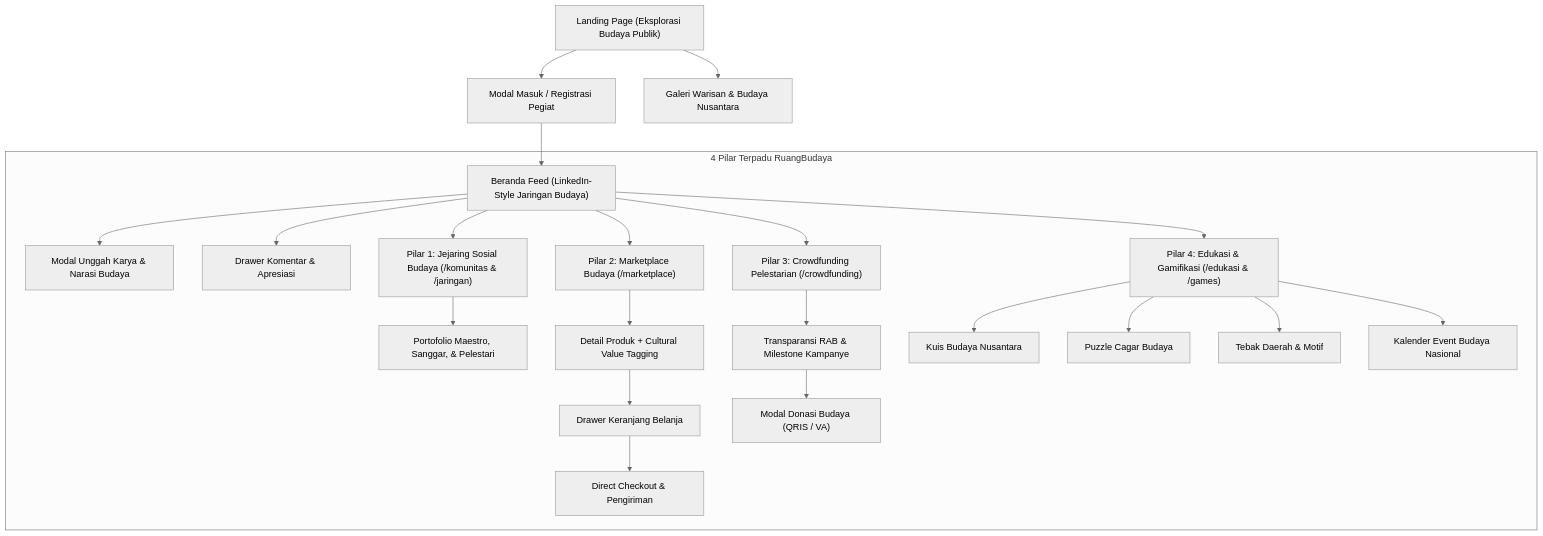
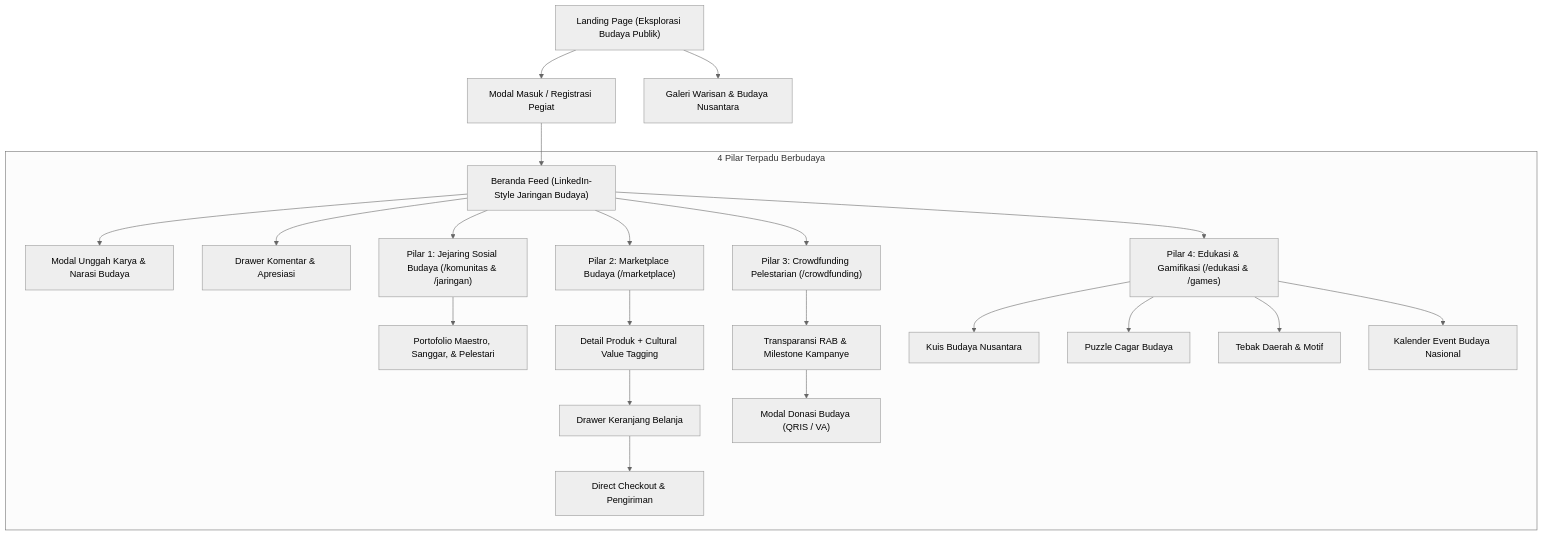
Before and after one commit to robinsyaifuddin/berbudaya: the diagram in UIUX/docs/PRD_DESIGN_PLAN.md, drawn with Mermaid (neutral theme). The commit also changed other lines of this file and 47 other files, not shown here.

````diff
--- a/UIUX/docs/PRD_DESIGN_PLAN.md
+++ b/UIUX/docs/PRD_DESIGN_PLAN.md
@@ -28,29 +28,29 @@
 ```mermaid
 flowchart TD
     Landing["Landing Page (Eksplorasi Budaya Publik)"] --> Auth["Modal Masuk / Registrasi Pegiat"]
     Landing --> Gallery["Galeri Warisan & Budaya Nusantara"]
     Auth --> HomeFeed["Beranda Feed (LinkedIn-Style Jaringan Budaya)"]
 
-    subgraph EmpatPilar["4 Pilar Terpadu RuangBudaya"]
+    subgraph EmpatPilar["4 Pilar Terpadu Berbudaya"]
         HomeFeed --> PostModal["Modal Unggah Karya & Narasi Budaya"]
         HomeFeed --> CommentDrawer["Drawer Komentar & Apresiasi"]
         
         HomeFeed --> Pilar1["Pilar 1: Jejaring Sosial Budaya (/komunitas & /jaringan)"]
         Pilar1 --> ProfileBudayawan["Portofolio Maestro, Sanggar, & Pelestari"]
 
         HomeFeed --> Pilar2["Pilar 2: Marketplace Budaya (/marketplace)"]
         Pilar2 --> CulturalTag["Detail Produk + Cultural Value Tagging"]
         CulturalTag --> CartDrawer["Drawer Keranjang Belanja"]
         CartDrawer --> Checkout["Direct Checkout & Pengiriman"]
 
         HomeFeed --> Pilar3["Pilar 3: Crowdfunding Pelestarian (/crowdfunding)"]
         Pilar3 --> DetailCrowd["Transparansi RAB & Milestone Kampanye"]
         DetailCrowd --> DonateModal["Modal Donasi Budaya (QRIS / VA)"]
 
         HomeFeed --> Pilar4["Pilar 4: Edukasi & Gamifikasi (/edukasi & /games)"]
         Pilar4 --> Kuis["Kuis Budaya Nusantara"]
         Pilar4 --> Puzzle["Puzzle Cagar Budaya"]
         Pilar4 --> Tebak["Tebak Daerah & Motif"]
         Pilar4 --> EventCal["Kalender Event Budaya Nasional"]
     end
 ```
````
